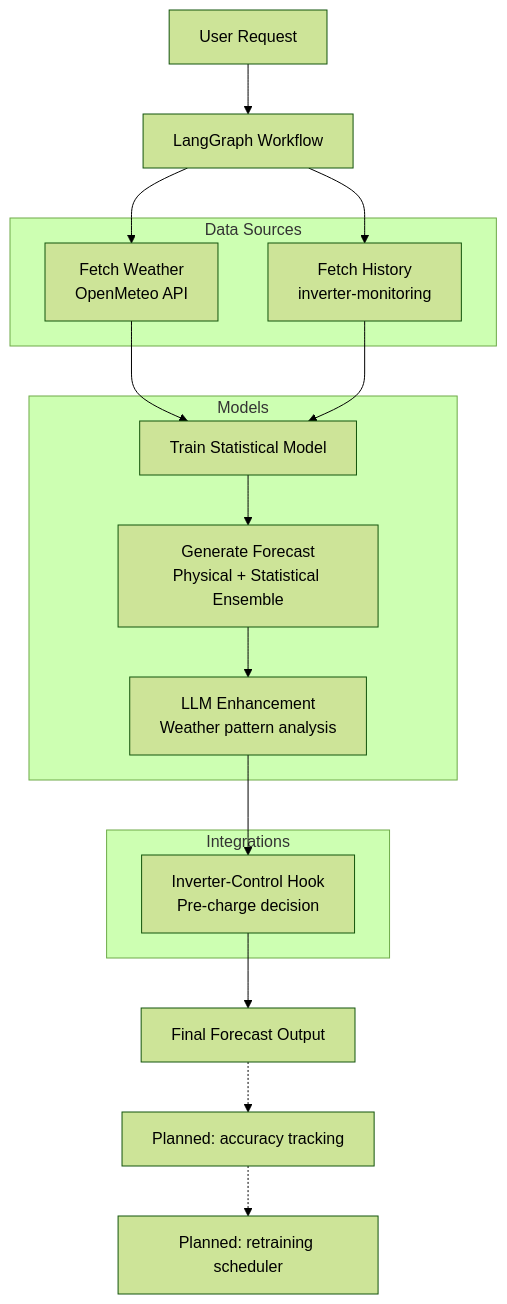
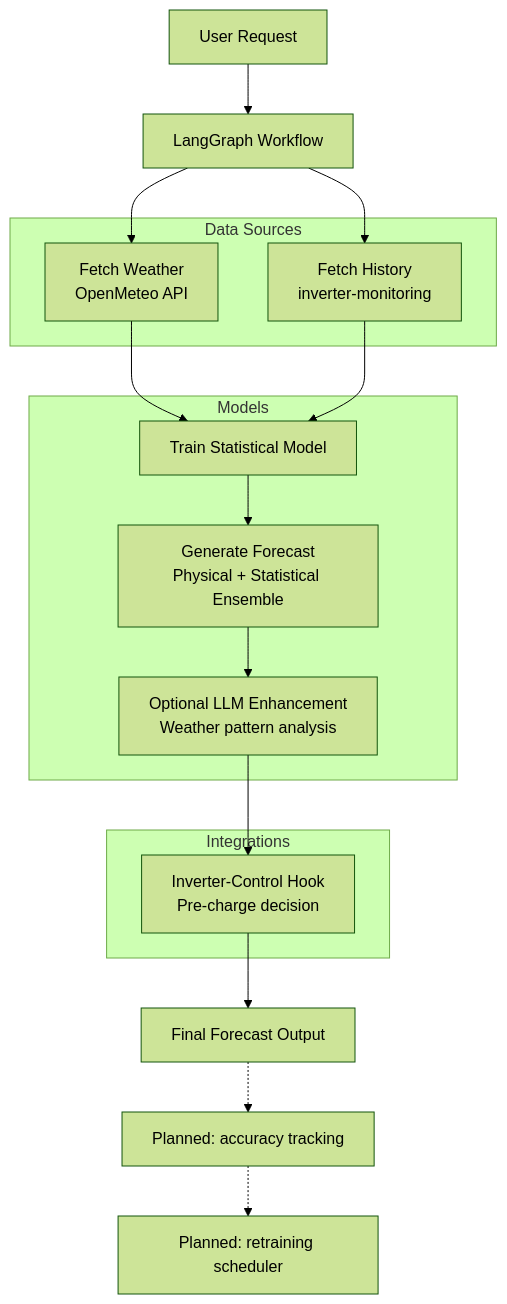
One commit to 4alvit/solar-forecast-langgraph changed the first of 2 diagrams in README.md. Above: the diagram before and after it, drawn with Mermaid (forest theme). The commit also changed 2 other files, not shown here.

Commit message:
Clarify private reporting and verify optional forecast fallback

````diff
--- a/README.md
+++ b/README.md
@@ -28,33 +28,33 @@
 ```mermaid
 graph TD
     A[User Request] --> B[LangGraph Workflow]
     
     B --> C[Fetch Weather<br/>OpenMeteo API]
     B --> D[Fetch History<br/>inverter-monitoring]
     
     C --> E[Train Statistical Model]
     D --> E
     
     E --> F[Generate Forecast<br/>Physical + Statistical Ensemble]
-    F --> G[LLM Enhancement<br/>Weather pattern analysis]
+    F --> G[Optional LLM Enhancement<br/>Weather pattern analysis]
     G --> H[Inverter-Control Hook<br/>Pre-charge decision]
     H --> I[Final Forecast Output]
     
     I -.-> J[Planned: accuracy tracking]
     J -.-> K[Planned: retraining scheduler]
     
     subgraph "Data Sources"
         C
         D
     end
     
     subgraph "Models"
         E
         F
         G
     end
     
     subgraph "Integrations"
         H
     end
 ```
````
